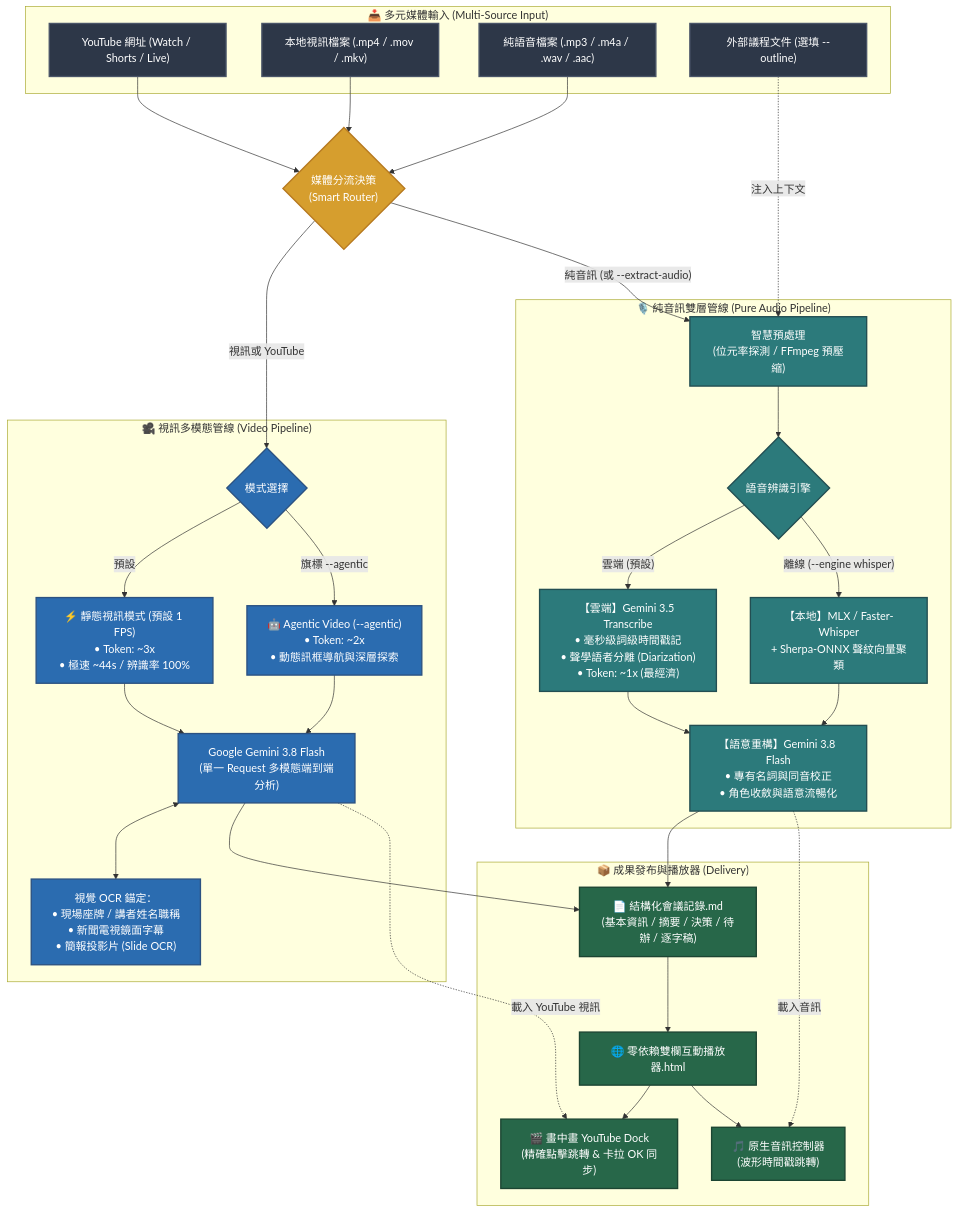
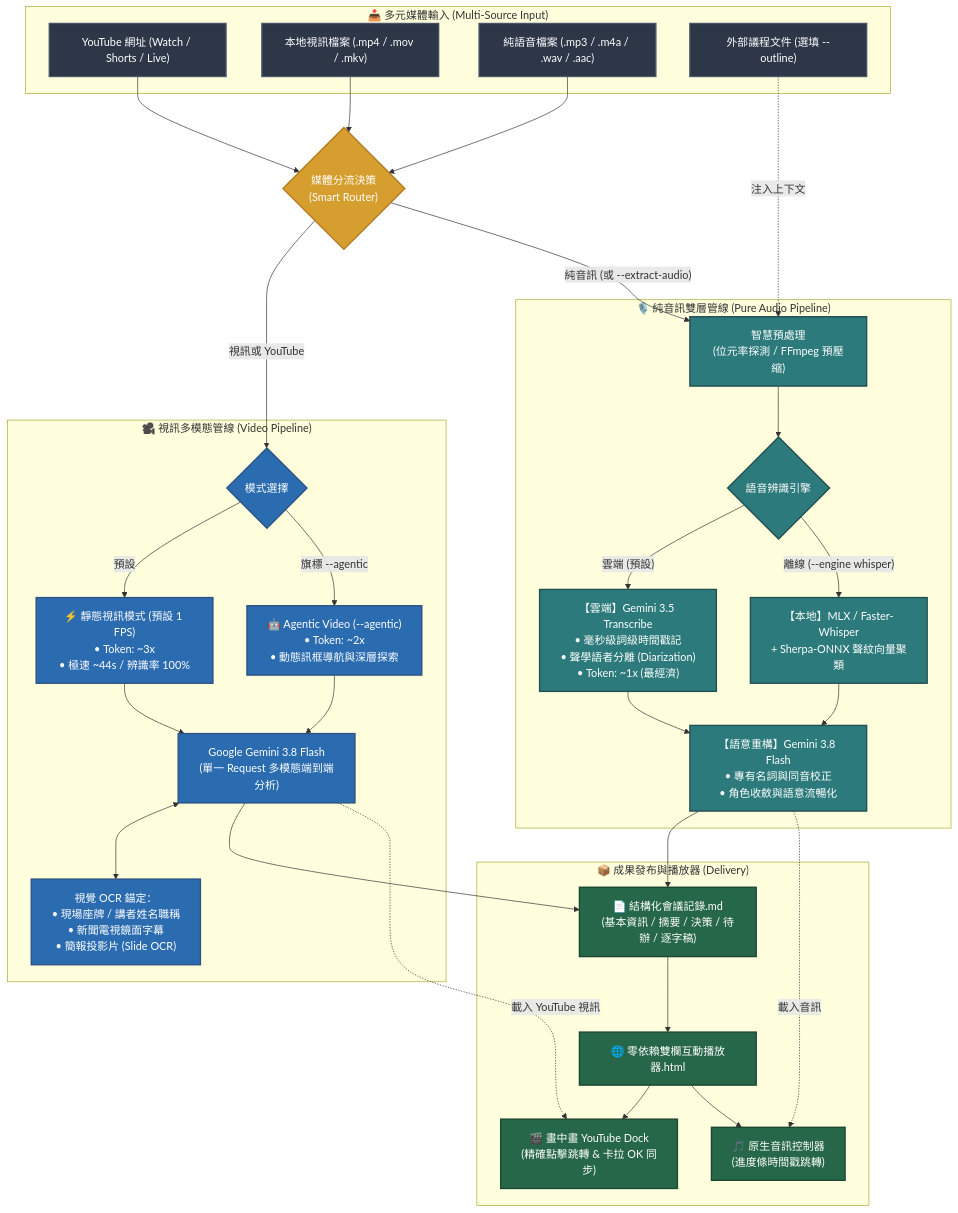
Before and after one commit to sylphlin/meeting-transcribe-agent: the diagram in README.zh-TW.md, drawn with Mermaid. The commit also changed 4 other files, not shown here.

First line of the commit message:
docs: correct audio player feature claim (no waveform, just a progress bar)

````diff
--- a/README.zh-TW.md
+++ b/README.zh-TW.md
@@ -125,65 +125,65 @@
 ```mermaid
 flowchart TD
     classDef inputStyle fill:#2D3748,stroke:#4A5568,stroke-width:2px,color:#fff;
     classDef routerStyle fill:#D69E2E,stroke:#B7791F,stroke-width:2px,color:#fff;
     classDef videoStyle fill:#2B6CB0,stroke:#2C5282,stroke-width:2px,color:#fff;
     classDef audioStyle fill:#2C7A7B,stroke:#234E52,stroke-width:2px,color:#fff;
     classDef outputStyle fill:#276749,stroke:#1C4532,stroke-width:2px,color:#fff;
 
     subgraph Input["📥 多元媒體輸入 (Multi-Source Input)"]
         Y["YouTube 網址 (Watch / Shorts / Live)"]:::inputStyle
         V["本地視訊檔案 (.mp4 / .mov / .mkv)"]:::inputStyle
         A["純語音檔案 (.mp3 / .m4a / .wav / .aac)"]:::inputStyle
         O["外部議程文件 (選填 --outline)"]:::inputStyle
     end
 
     Router{"媒體分流決策<br>(Smart Router)"}:::routerStyle
 
     Y --> Router
     V --> Router
     A --> Router
 
     subgraph VideoTrack["🎥 視訊多模態管線 (Video Pipeline)"]
         VMode{"模式選擇"}:::videoStyle
         Static["⚡ 靜態視訊模式 (預設 1 FPS)<br>• Token: ~3x<br>• 極速 ~44s / 辨識率 100%"]:::videoStyle
         Agentic["🤖 Agentic Video (--agentic)<br>• Token: ~2x<br>• 動態訊框導航與深層探索"]:::videoStyle
         GeminiFlash["Google Gemini 3.8 Flash<br>(單一 Request 多模態端到端分析)"]:::videoStyle
         VisionOCR["視覺 OCR 錨定：<br>• 現場座牌 / 講者姓名職稱<br>• 新聞電視鏡面字幕<br>• 簡報投影片 (Slide OCR)"]:::videoStyle
 
         VMode -- "預設" --> Static --> GeminiFlash
         VMode -- "旗標 --agentic" --> Agentic --> GeminiFlash
         GeminiFlash <--> VisionOCR
     end
 
     subgraph AudioTrack["🎙️ 純音訊雙層管線 (Pure Audio Pipeline)"]
         Ingest["智慧預處理<br>(位元率探測 / FFmpeg 預壓縮)"]:::audioStyle
         ASREngine{"語音辨識引擎"}:::audioStyle
         GTranscribe["【雲端】Gemini 3.5 Transcribe<br>• 毫秒級詞級時間戳記<br>• 聲學語者分離 (Diarization)<br>• Token: ~1x (最經濟)"]:::audioStyle
         OfflineWhisper["【本地】MLX / Faster-Whisper<br>+ Sherpa-ONNX 聲紋向量聚類"]:::audioStyle
         Restructure["【語意重構】Gemini 3.8 Flash<br>• 專有名詞與同音校正<br>• 角色收斂與語意流暢化"]:::audioStyle
 
         Ingest --> ASREngine
         ASREngine -- "雲端 (預設)" --> GTranscribe --> Restructure
         ASREngine -- "離線 (--engine whisper)" --> OfflineWhisper --> Restructure
         O -. 注入上下文 .-> Ingest
     end
 
     Router -- "視訊或 YouTube" --> VMode
     Router -- "純音訊 (或 --extract-audio)" --> Ingest
 
     subgraph Delivery["📦 成果發布與播放器 (Delivery)"]
         MD["📄 結構化會議記錄.md<br>(基本資訊 / 摘要 / 決策 / 待辦 / 逐字稿)"]:::outputStyle
         HTML["🌐 零依賴雙欄互動播放器.html"]:::outputStyle
         YTDock["🎬 畫中畫 YouTube Dock<br>(精確點擊跳轉 & 卡拉 OK 同步)"]:::outputStyle
-        AudioPlayer["🎵 原生音訊控制器<br>(波形時間戳跳轉)"]:::outputStyle
+        AudioPlayer["🎵 原生音訊控制器<br>(進度條時間戳跳轉)"]:::outputStyle
 
         MD --> HTML
         HTML --> YTDock
         HTML --> AudioPlayer
     end
 
     GeminiFlash --> MD
     GeminiFlash -. 載入 YouTube 視訊 .-> YTDock
     Restructure --> MD
     Restructure -. 載入音訊 .-> AudioPlayer
 ```
````
